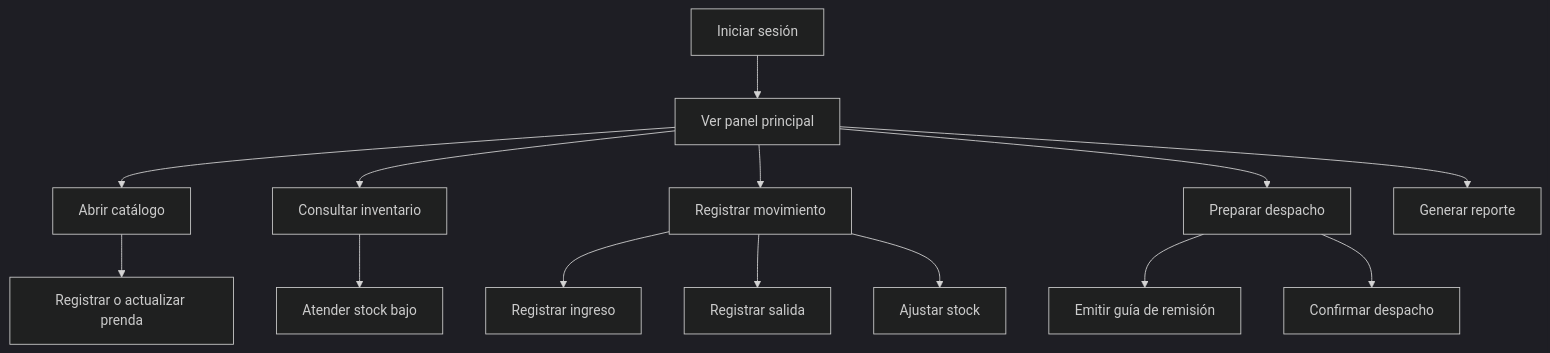
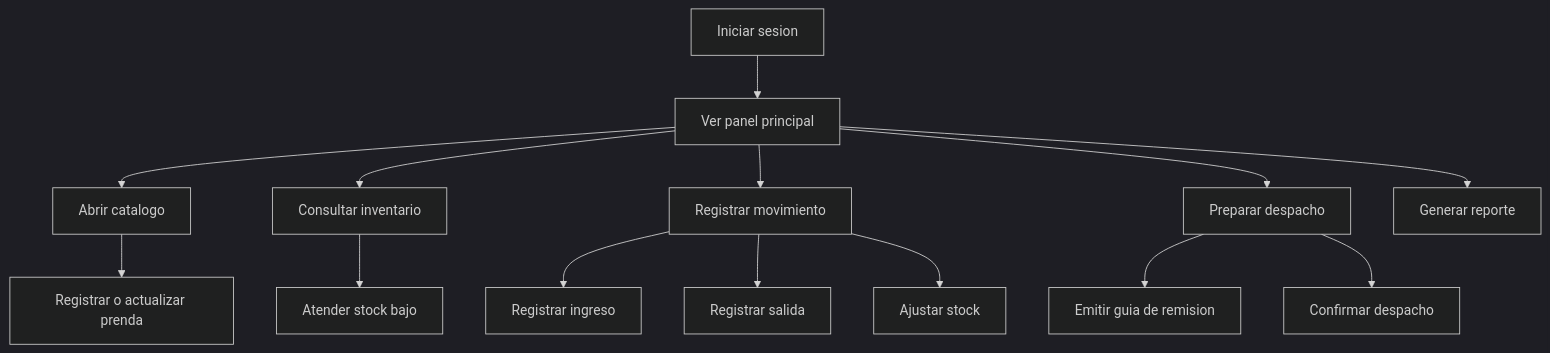
Before and after one commit to javierRock/SoftwareTextil: the diagram in docs/prototipo.md, drawn with Mermaid (dark theme). The commit also changed other lines of this file and 2 other files, not shown here.

````diff
--- a/docs/prototipo.md
+++ b/docs/prototipo.md
@@ -11,17 +7,17 @@
 ```mermaid
 flowchart TD
-    Login["Iniciar sesión"] --> Panel["Ver panel principal"]
-    Panel --> Catalogo["Abrir catálogo"]
+    Login["Iniciar sesion"] --> Panel["Ver panel principal"]
+    Panel --> Catalogo["Abrir catalogo"]
     Panel --> Inventario["Consultar inventario"]
     Panel --> Movimientos["Registrar movimiento"]
     Panel --> Despachos["Preparar despacho"]
     Panel --> Reportes["Generar reporte"]
 
     Catalogo --> RegistroPrenda["Registrar o actualizar prenda"]
     Inventario --> StockBajo["Atender stock bajo"]
     Movimientos --> RegistrarIngreso["Registrar ingreso"]
     Movimientos --> RegistrarSalida["Registrar salida"]
     Movimientos --> AjustarStock["Ajustar stock"]
-    Despachos --> Guia["Emitir guía de remisión"]
+    Despachos --> Guia["Emitir guia de remision"]
     Despachos --> ConfirmarDespacho["Confirmar despacho"]
 ```
````
